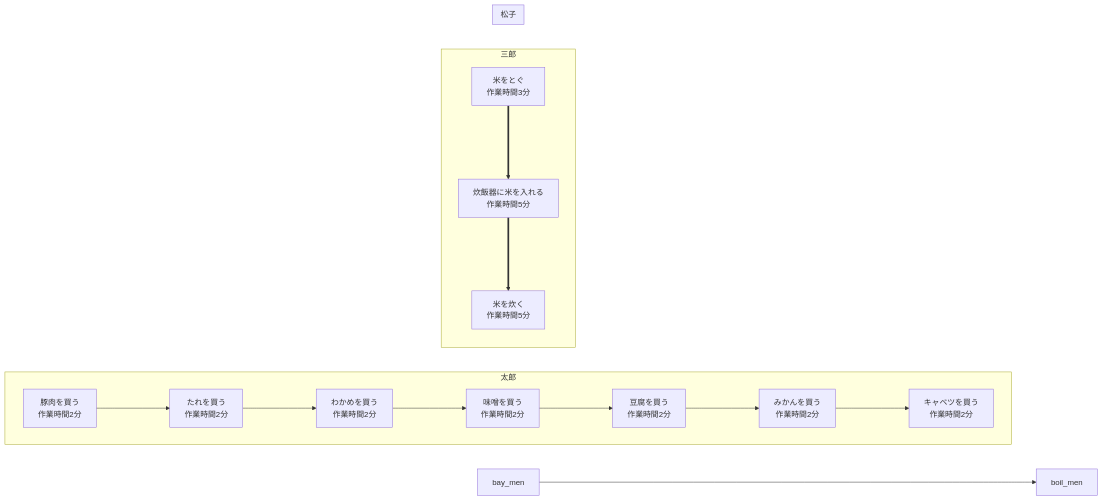
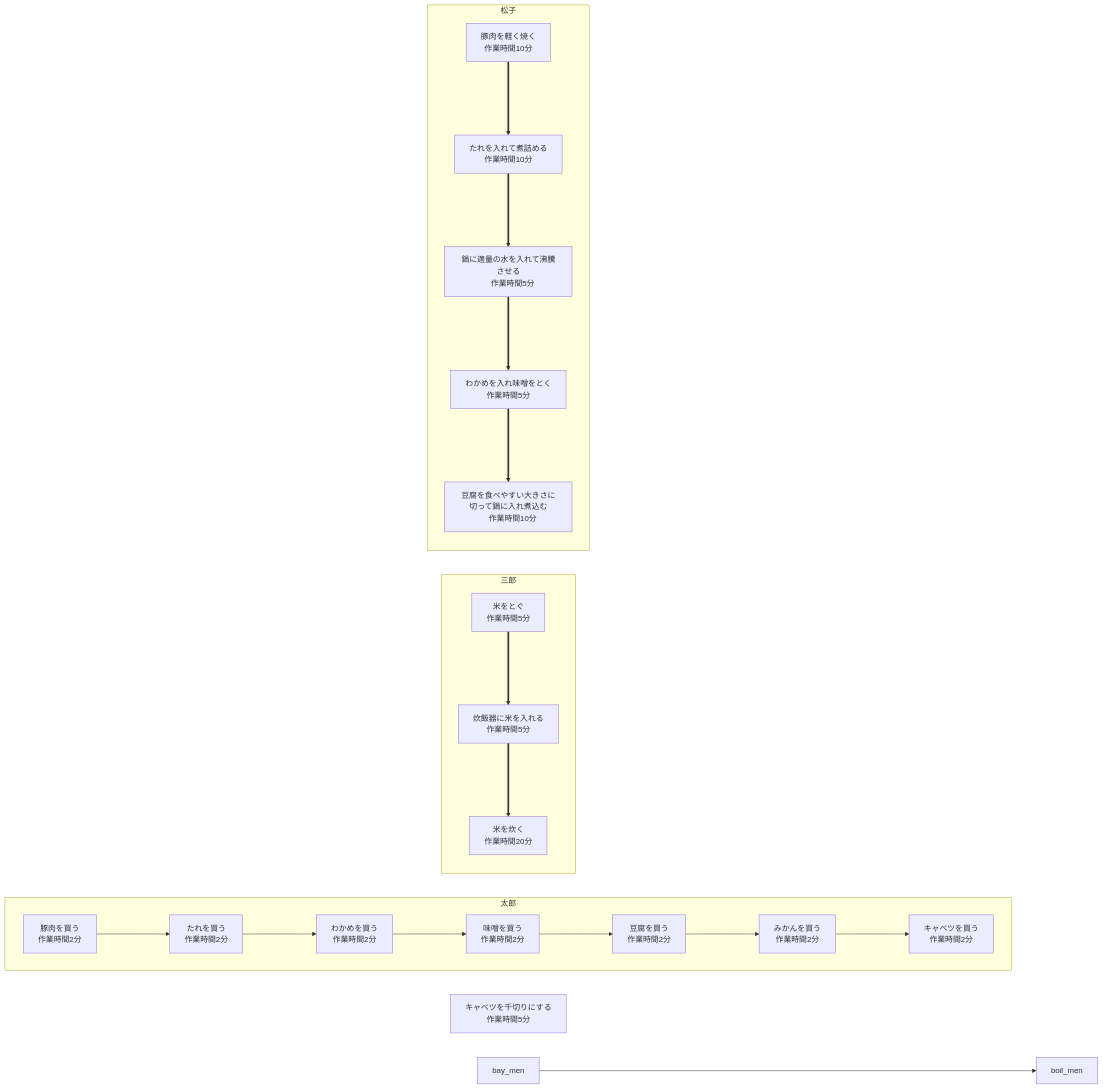
Before and after one commit to kikuchihibiki/-Set-meal: the diagram in WBS_1_5_izon.md, drawn with Mermaid.

Commit message:
途中経過

````diff
--- a/WBS_1_5_izon.md
+++ b/WBS_1_5_izon.md
@@ -1,63 +1,80 @@
 ```mermaid
 
 graph LR;
 
     bay_meat["豚肉を買う
     作業時間2分"]
 
     bay_sauce["たれを買う
     作業時間2分"]
 
     bay_seaweed["わかめを買う
     作業時間2分"]
 
     bay_miso["味噌を買う
     作業時間2分"]
 
     bay_tohu["豆腐を買う
     作業時間2分"]
 
     bay_orange["みかんを買う
     作業時間2分"]
 
     bay_cabbage["キャベツを買う
     作業時間2分"]
 
     boil_the_rice["米をとぐ
-    作業時間3分"]
+    作業時間5分"]
 
     rice_cooker["炊飯器に米を入れる
     作業時間5分"]
 
     cook_rice["米を炊く
+    作業時間20分"]
+
+   Lightly_sear_the_meat["豚肉を軽く焼く
+   作業時間10分"]
+
+    Add_the_sauce_and_bring_to_a_boil["たれを入れて煮詰める
+    作業時間10分"]
+
+    add_water["鍋に適量の水を入れて沸騰させる
     作業時間5分"]
 
-    
+    seaweed["わかめを入れ味噌をとく
+    作業時間5分"]
+
+    Cut_tofu["豆腐を食べやすい大きさに切って鍋に入れ煮込む
+    作業時間10分"]
+
+    cut_cabbage["キャベツを千切りにする
+    作業時間5分"]
 
 
 
 subgraph "太郎"
 
  direction LR
 
  bay_meat--->bay_sauce--->bay_seaweed--->bay_miso--->bay_tohu--->bay_orange--->bay_cabbage;
 
 end
 
 
 subgraph "三郎"
 
  boil_the_rice===>rice_cooker===>cook_rice;
 
 end
 
 
 subgraph "松子"
 
+ Lightly_sear_the_meat===>Add_the_sauce_and_bring_to_a_boil===>add_water===>seaweed===>Cut_tofu
 
 
 end
  bay_men-->  boil_men
 
 
 ```
````
